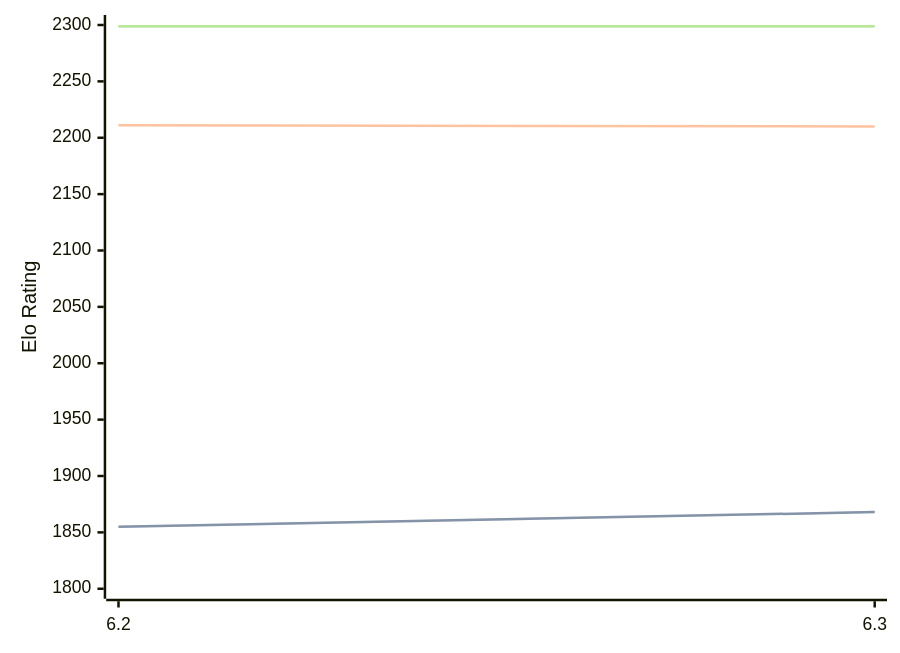
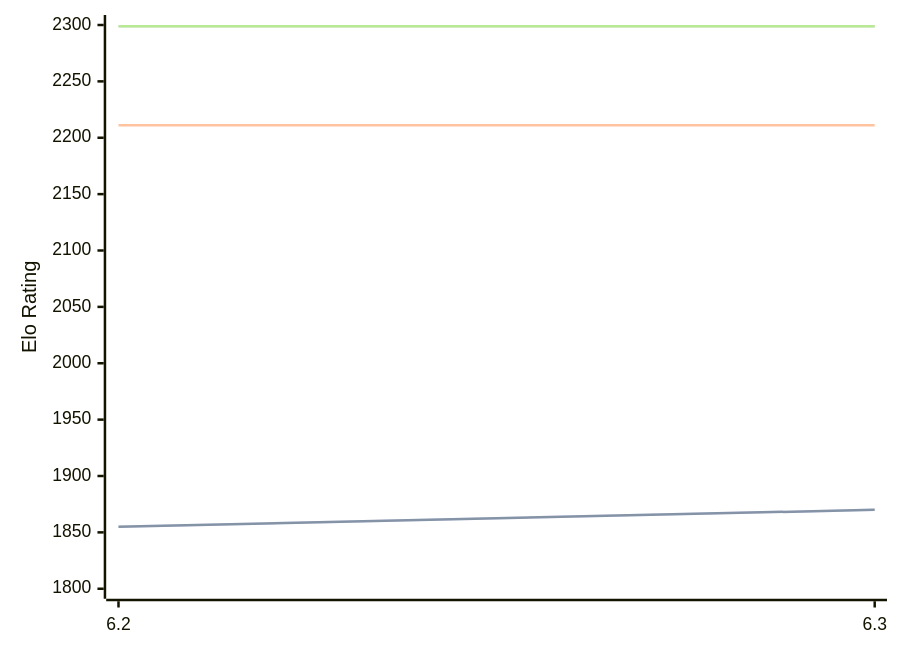
Before and after one commit to computer-chess-index/cci: the diagram in engines/chess4j.md, drawn with Mermaid. The commit also changed other lines of this file, not shown here.

````diff
--- a/engines/chess4j.md
+++ b/engines/chess4j.md
@@ -32,11 +32,11 @@
 ```mermaid
 %%{init: {"theme":"base","themeVariables":{"seriesColors:['#a3a3a3','#222221','#faa371']}}}%%
 xychart-beta
   x-axis ["6.2", "6.3"]
   y-axis "Elo Rating" 1800 --> 2300
-  line "" [1855, 1868]
-  line "STC (8.0+0.08s)" [1855, 1868]
-  line "LTC (60.0+0.60s)" [2211, 2210]
+  line "" [1855, 1870]
+  line "STC (8.0+0.08s)" [1855, 1870]
+  line "LTC (60.0+0.60s)" [2211, 2211]
   line "" [2299, 2299]
   line "VLTC (2m24s+1.12s)" [2299, 2299]
 ```
````
